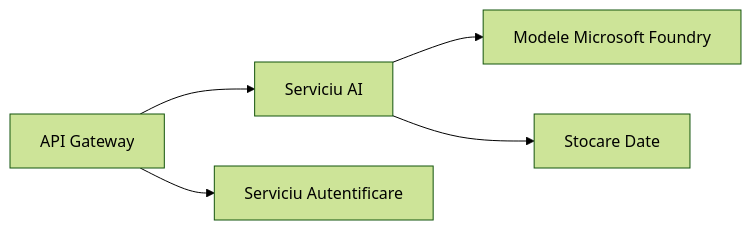
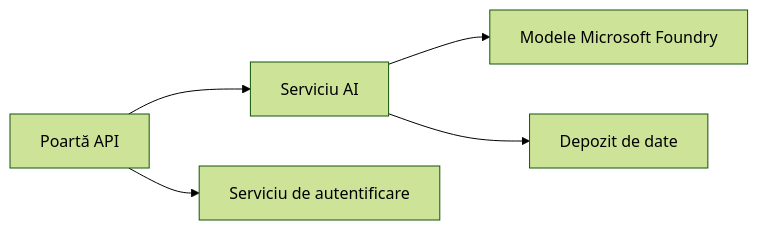
The first of 2 diagrams in translations/ro/docs/chapter-08-production/README.md (microsoft/AZD-for-beginners), drawn with Mermaid (forest theme) before and after one commit. The commit also changed other lines of this file and 101 other files, not shown here.

````diff
--- a/translations/ro/docs/chapter-08-production/README.md
+++ b/translations/ro/docs/chapter-08-production/README.md
@@ -46,6 +48,6 @@
 ```mermaid
 graph LR
-    Gateway[API Gateway] --> AI[Serviciu AI] --> Models[Modele Microsoft Foundry]
-    Gateway --> Auth[Serviciu Autentificare]
-    AI --> Data[Stocare Date]
+    Gateway[Poartă API] --> AI[Serviciu AI] --> Models[Modele Microsoft Foundry]
+    Gateway --> Auth[Serviciu de autentificare]
+    AI --> Data[Depozit de date]
 ```
````
